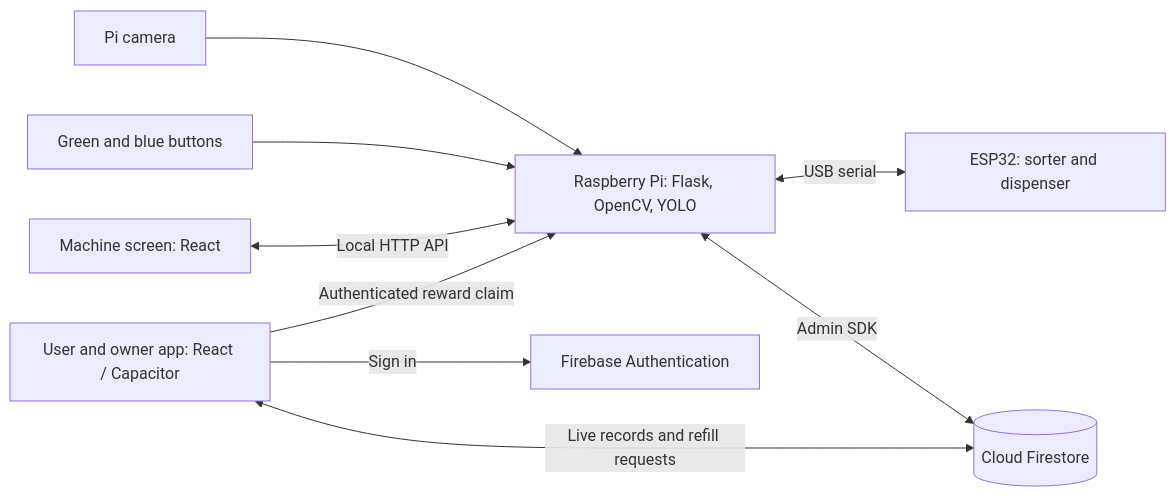
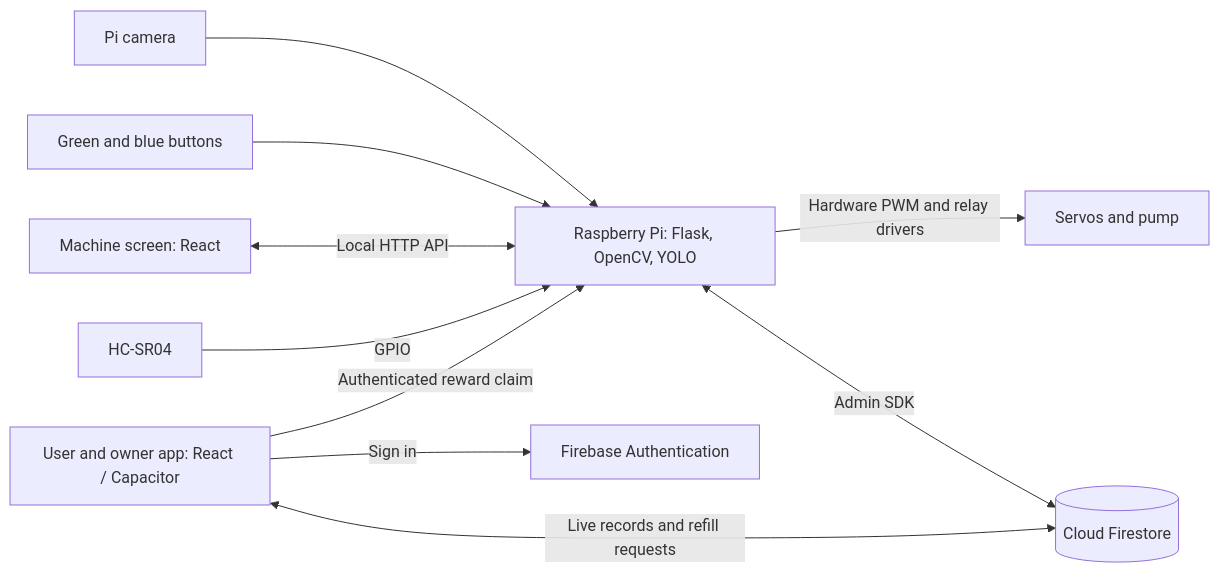
Before and after one commit to nameuser-cod/EcoRefill: the second of 2 diagrams in README.md, drawn with Mermaid. The commit also changed other lines of this file and 16 other files, not shown here.

````diff
--- a/README.md
+++ b/README.md
@@ -142,11 +142,12 @@
 ```mermaid
 flowchart LR
     Camera[Pi camera] --> Pi[Raspberry Pi: Flask, OpenCV, YOLO]
     Buttons[Green and blue buttons] --> Pi
     Kiosk[Machine screen: React] <-->|Local HTTP API| Pi
-    Pi <-->|USB serial| ESP[ESP32: sorter and dispenser]
+    Pi -->|Hardware PWM and relay drivers| Actuators[Servos and pump]
+    Sensor[HC-SR04] -->|GPIO| Pi
     Pi <-->|Admin SDK| DB[(Cloud Firestore)]
     App[User and owner app: React / Capacitor] <-->|Live records and refill requests| DB
     App -->|Sign in| Auth[Firebase Authentication]
     App -->|Authenticated reward claim| Pi
 ```
````
